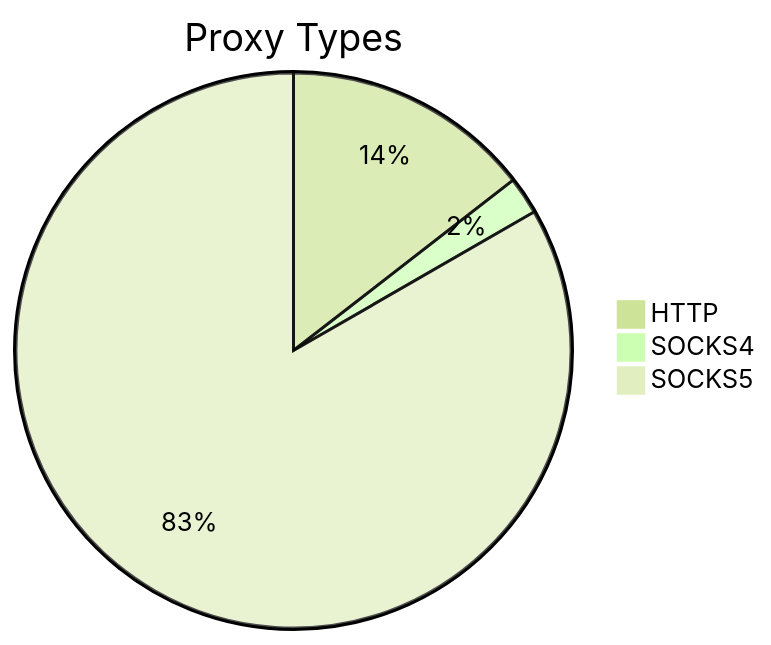
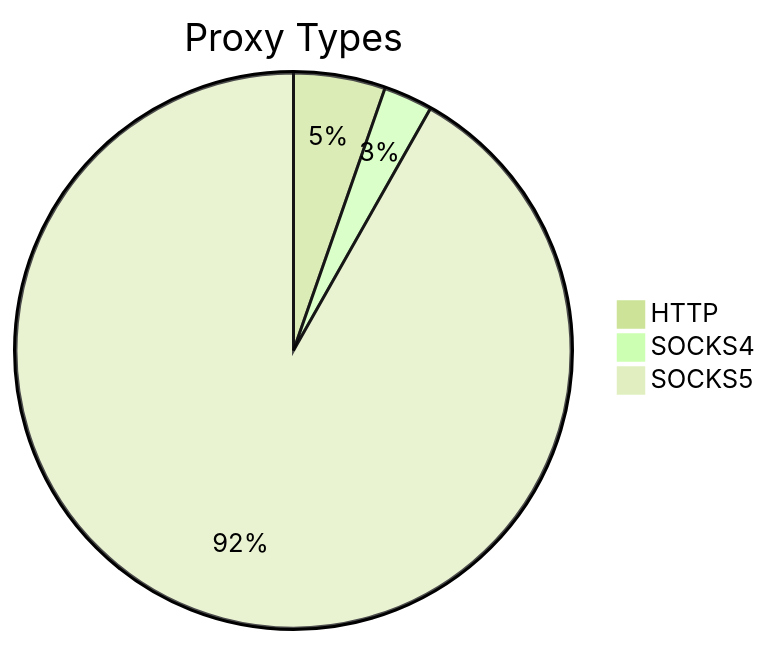
Before and after one commit to stormsia/proxy-list: the first of 2 diagrams in README.md, drawn with Mermaid (forest theme). The commit also changed other lines of this file, not shown here.

````diff
--- a/README.md
+++ b/README.md
@@ -21,6 +21,6 @@
 ```mermaid
 pie title Proxy Types
-    "HTTP" : 126
-    "SOCKS4" : 19
-    "SOCKS5" : 724
+    "HTTP" : 88
+    "SOCKS4" : 47
+    "SOCKS5" : 1512
 ```
````
